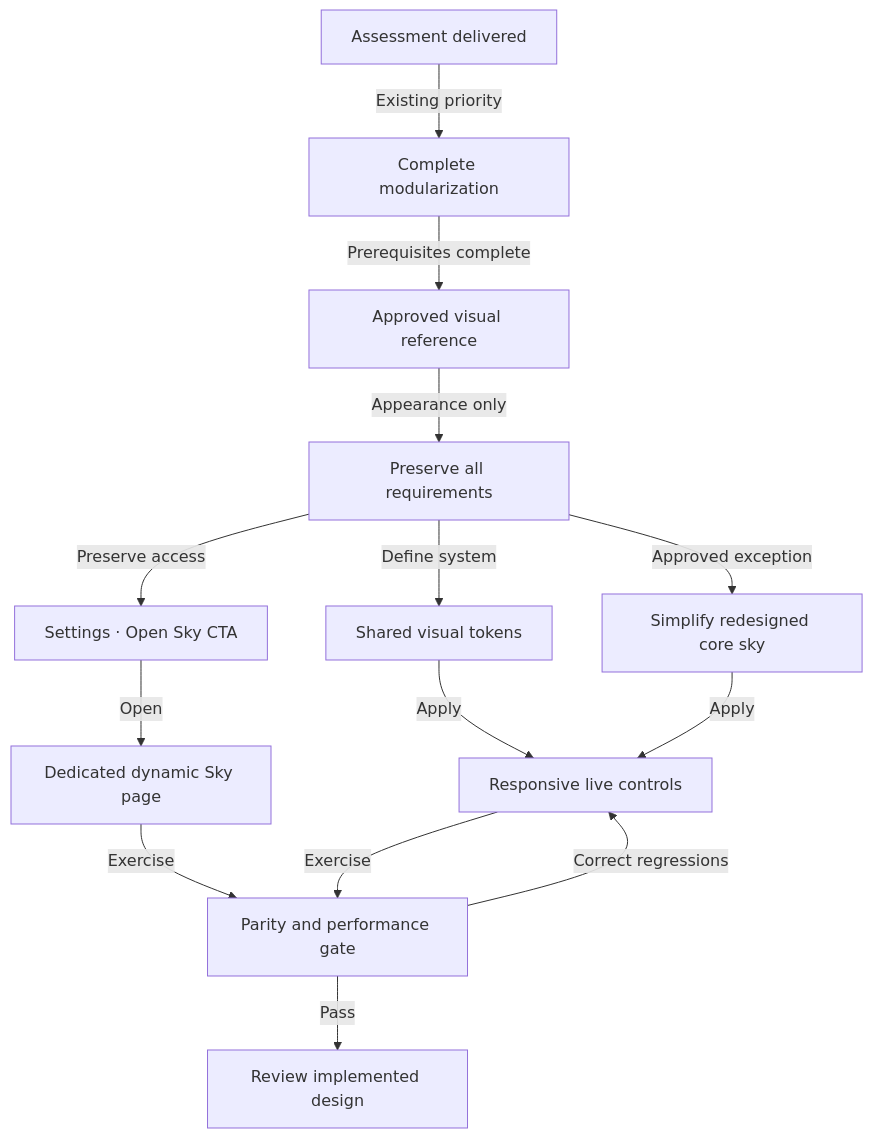
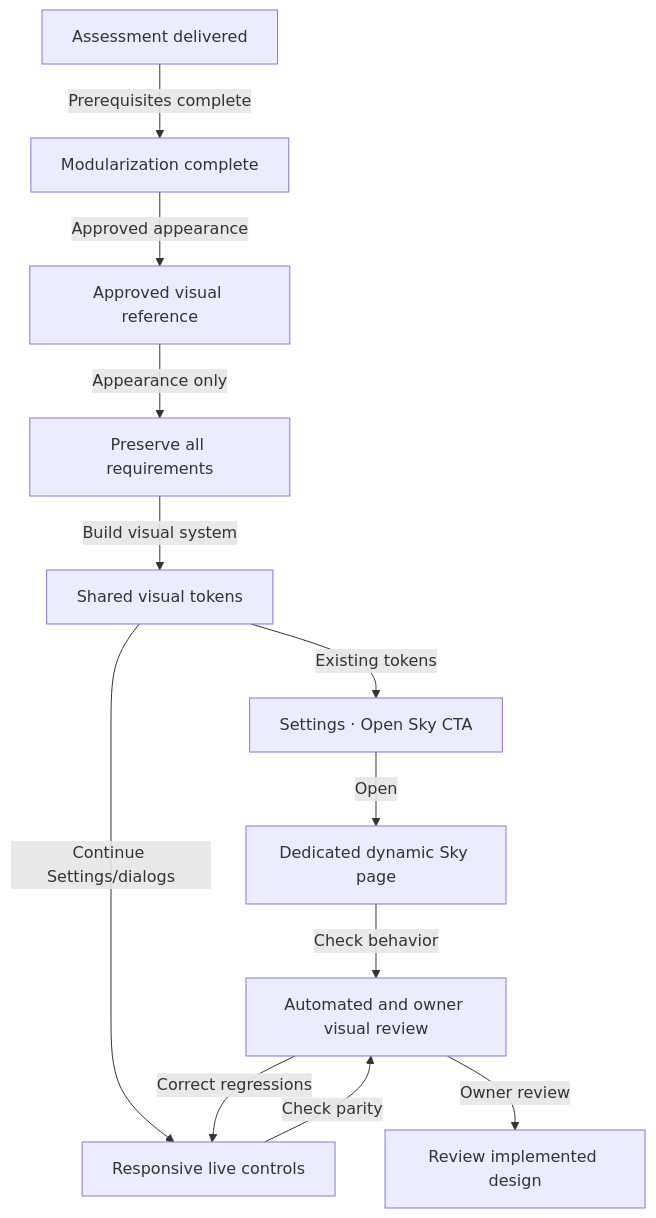
One commit to missionode/lite changed the fifth of 44 diagrams in docs/app-map/FLOW-REFERENCE.md. Above: the diagram before and after it, drawn with Mermaid. The commit also changed other lines of this file and 25 other files, not shown here.

````diff
--- a/docs/app-map/FLOW-REFERENCE.md
+++ b/docs/app-map/FLOW-REFERENCE.md
@@ -316,27 +320,24 @@
 ```mermaid
 flowchart TD
   assessment["Assessment delivered"]
-  modules["Complete modularization"]
+  modules["Modularization complete"]
   reference["Approved visual reference"]
   contract["Preserve all requirements"]
   tokens["Shared visual tokens"]
-  sky["Simplify redesigned core sky"]
   skyCta["Settings · Open Sky CTA"]
   skyPage["Dedicated dynamic Sky page"]
   surfaces["Responsive live controls"]
-  verify["Parity and performance gate"]
+  verify["Automated and owner visual review"]
   review["Review implemented design"]
-  assessment -->|"Existing priority"| modules
-  modules -->|"Prerequisites complete"| reference
+  assessment -->|"Prerequisites complete"| modules
+  modules -->|"Approved appearance"| reference
   reference -->|"Appearance only"| contract
-  contract -->|"Define system"| tokens
-  contract -->|"Approved exception"| sky
-  contract -->|"Preserve access"| skyCta
-  tokens -->|"Apply"| surfaces
-  sky -->|"Apply"| surfaces
+  contract -->|"Build visual system"| tokens
+  tokens -->|"Existing tokens"| skyCta
   skyCta -->|"Open"| skyPage
-  skyPage -->|"Exercise"| verify
-  surfaces -->|"Exercise"| verify
+  skyPage -->|"Check behavior"| verify
+  tokens -->|"Continue Settings/dialogs"| surfaces
+  surfaces -->|"Check parity"| verify
   verify -->|"Correct regressions"| surfaces
-  verify -->|"Pass"| review
+  verify -->|"Owner review"| review
 ```
````
